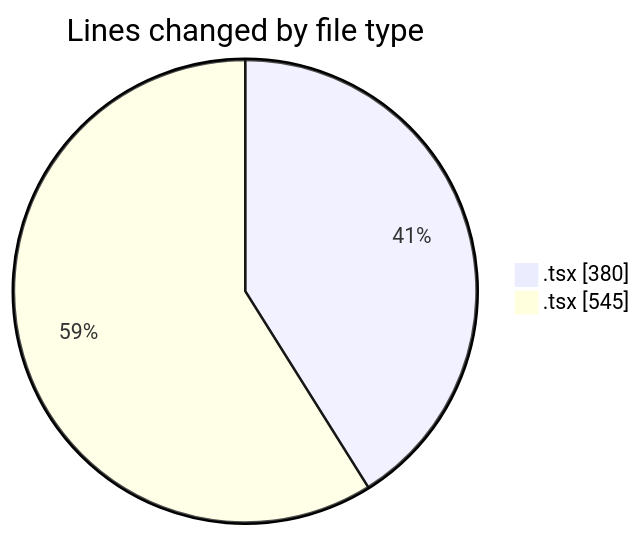
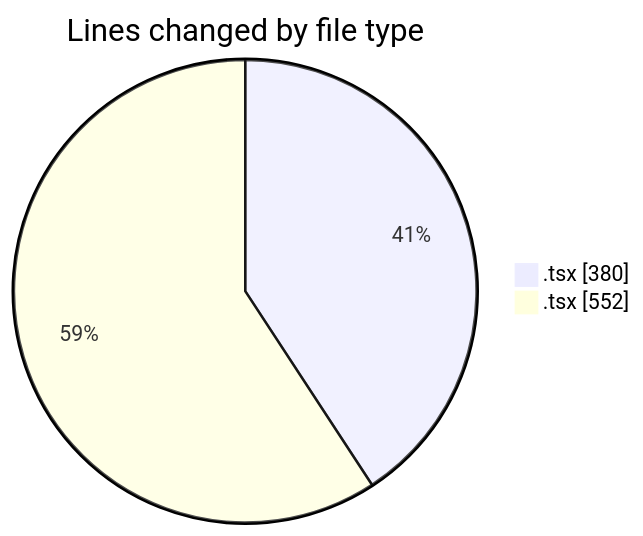
One commit to robertbonfada/code-tracking changed the first of 2 diagrams in 2025-02-06/mbc-web/README.md. Above: the diagram before and after it, drawn with Mermaid. The commit also changed other lines of this file and 1 other file, not shown here.

````diff
--- a/2025-02-06/mbc-web/README.md
+++ b/2025-02-06/mbc-web/README.md
@@ -24,6 +24,6 @@
 ```mermaid
 pie showData
 title Lines changed by file type
 ".tsx " : 380
-".tsx" : 545
+".tsx" : 552
 ```
````
